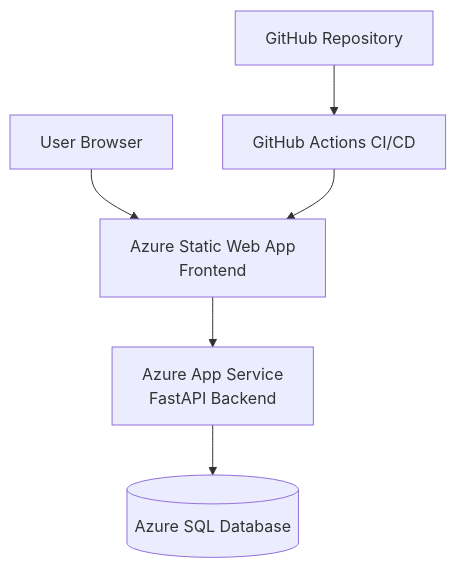
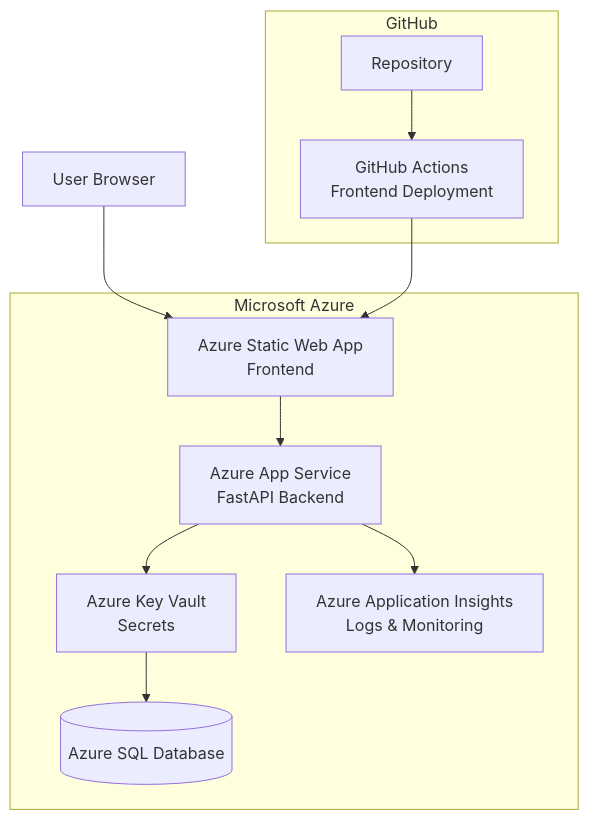
Before and after one commit to Kethanx/azure-medical-3tier-portal: the diagram in README.md, drawn with Mermaid.

Commit message:
readme update

````diff
--- a/README.md
+++ b/README.md
@@ -98,8 +98,25 @@
 ```mermaid
 flowchart TD
-    U[User Browser] --> F[Azure Static Web App<br/>Frontend]
-    F --> B[Azure App Service<br/>FastAPI Backend]
-    B --> D[(Azure SQL Database)]
-    G[GitHub Repository] --> A[GitHub Actions CI/CD]
-    A --> F
+    U[User Browser]
+
+    subgraph Azure["Microsoft Azure"]
+        F[Azure Static Web App<br/>Frontend]
+        B[Azure App Service<br/>FastAPI Backend]
+        K[Azure Key Vault<br/>Secrets]
+        D[(Azure SQL Database)]
+        M[Azure Application Insights<br/>Logs & Monitoring]
+    end
+
+    subgraph GitHub["GitHub"]
+        R[Repository]
+        C[GitHub Actions<br/>Frontend Deployment]
+    end
+
+    U --> F
+    F --> B
+    B --> K
+    K --> D
+    B --> M
+    R --> C
+    C --> F
 ```
````
